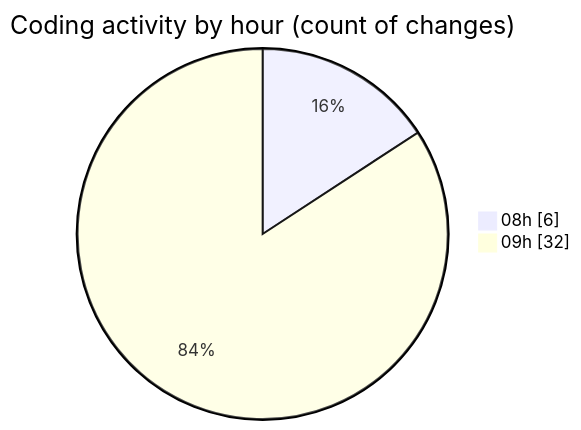
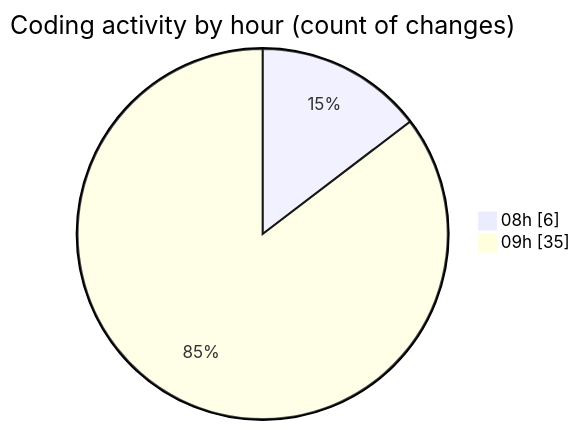
Before and after one commit to momahboobian/code-tracking: the second of 2 diagrams in 2026-01-29/cda/README.md, drawn with Mermaid. The commit also changed other lines of this file and 1 other file, not shown here.

````diff
--- a/2026-01-29/cda/README.md
+++ b/2026-01-29/cda/README.md
@@ -30,6 +32,6 @@
 ```mermaid
 pie showData
 title Coding activity by hour (count of changes)
 "08h" : 6
-"09h" : 32
+"09h" : 35
 ```
````
